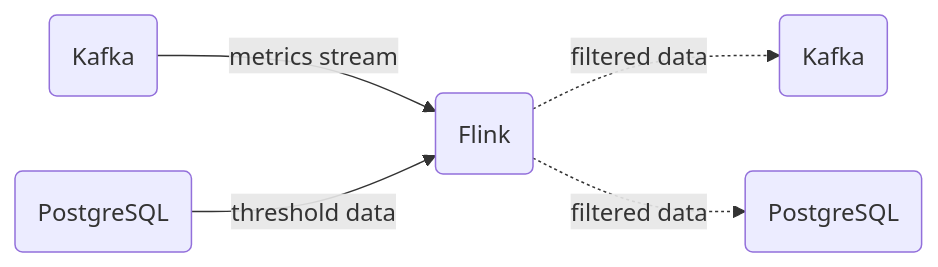
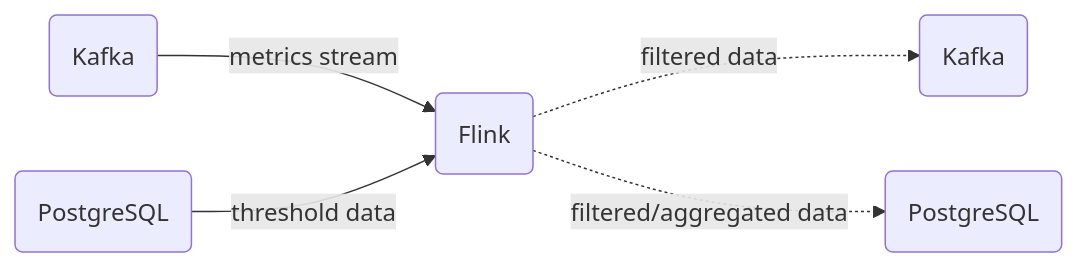
The first of 5 diagrams in docs/products/flink/howto/real-time-alerting-solution-cli.rst (aiven/devportal), drawn with Mermaid before and after one commit. The commit also changed other lines of this file and 3 other files, not shown here.

```diff
--- a/docs/products/flink/howto/real-time-alerting-solution-cli.rst
+++ b/docs/products/flink/howto/real-time-alerting-solution-cli.rst
@@ -11,8 +11,8 @@
 .. mermaid::
 
     graph LR;
 
         id1(Kafka)-- metrics stream -->id3(Flink);
         id2(PostgreSQL)-- threshold data -->id3;
         id3-. filtered data .->id4(Kafka);
-        id3-. filtered data .->id5(PostgreSQL);
+        id3-. filtered/aggregated data .->id5(PostgreSQL);
```
